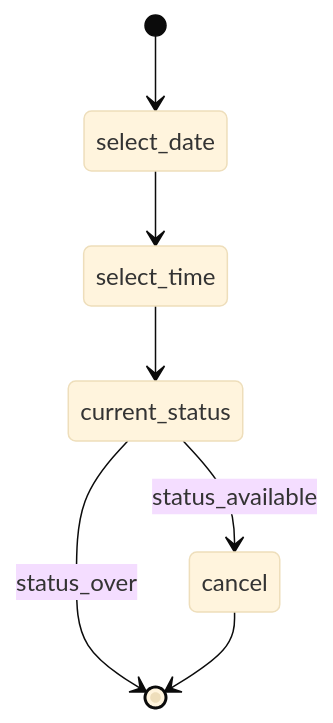
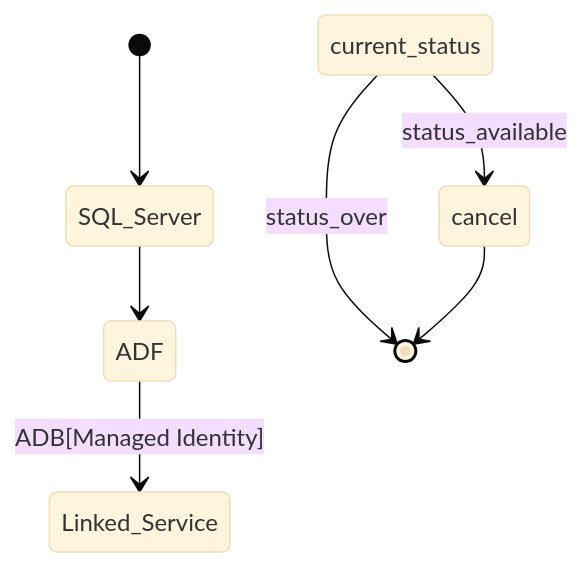
Before and after one commit to vijganji99/strada-DE-Infra: the third of 3 diagrams in README.md, drawn with Mermaid (base theme).

````diff
--- a/README.md
+++ b/README.md
@@ -33,9 +33,9 @@
 ```mermaid
 stateDiagram-v2
-    [*] --> select_date
-    select_date --> select_time
-    select_time --> current_status
+    [*] --> SQL_Server
+    SQL_Server --> ADF
+    ADF --> Linked_Service: ADB[Managed Identity]
     current_status --> cancel: status_available
     current_status --> [*]: status_over
     cancel --> [*]
 ```
````
